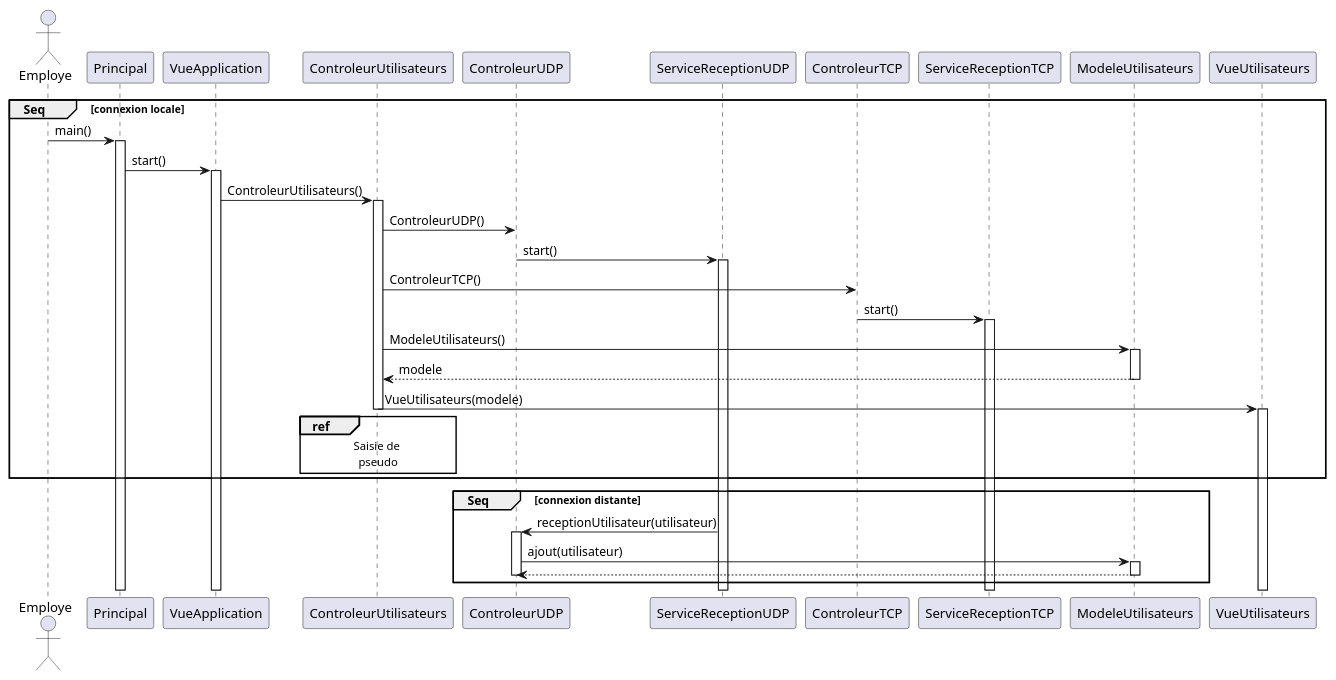
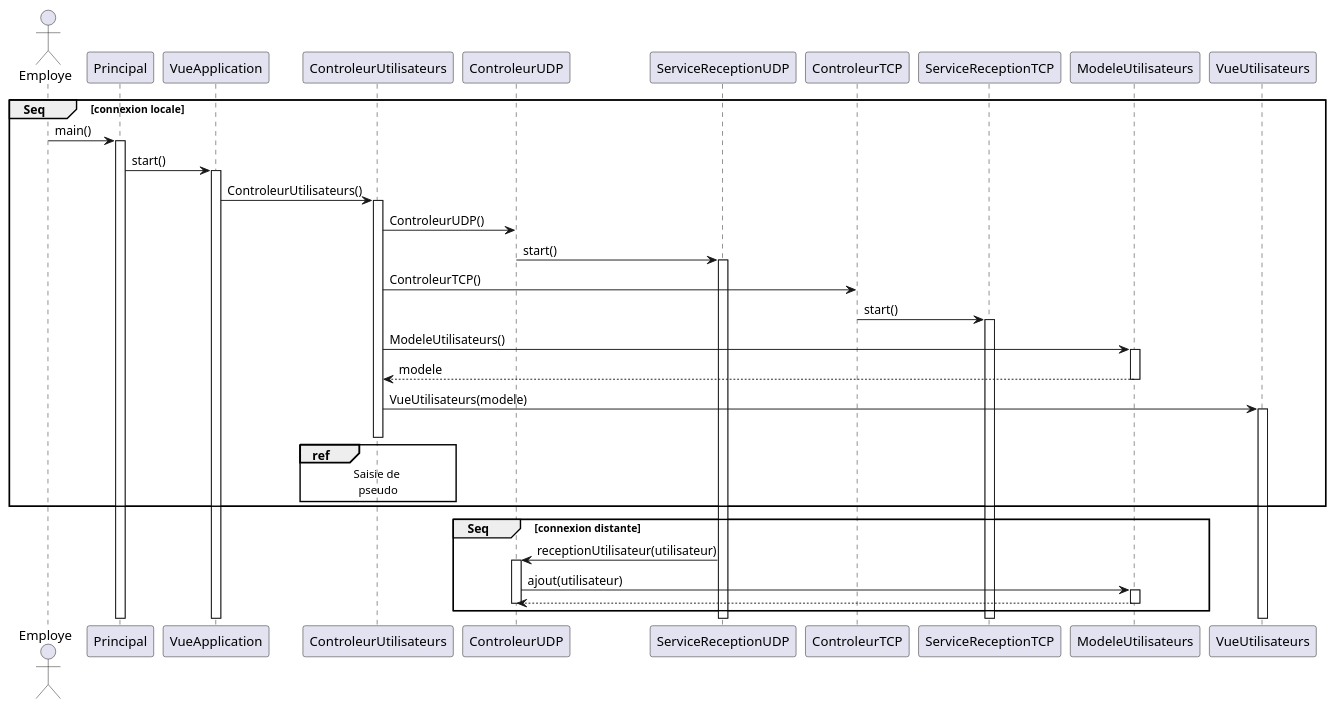
The diagram in sequence/connexion.wsd (arc-hugo/clavardage_uml), drawn with PlantUML before and after one commit. The commit also changed other lines of this file, not shown here.

```diff
--- a/sequence/connexion.wsd
+++ b/sequence/connexion.wsd
@@ -1,37 +1,37 @@
 @startuml Connexion
 actor Employe
 group Seq [connexion locale]
     Employe -> Principal : main()
     activate Principal
     Principal -> VueApplication : start()
     activate VueApplication 
     VueApplication -> ControleurUtilisateurs : ControleurUtilisateurs()
     activate ControleurUtilisateurs
     ControleurUtilisateurs -> ControleurUDP : ControleurUDP()
     ControleurUDP -> ServiceReceptionUDP : start()
     activate ServiceReceptionUDP
     ControleurUtilisateurs -> ControleurTCP : ControleurTCP()
     ControleurTCP -> ServiceReceptionTCP : start()
     activate ServiceReceptionTCP
     ControleurUtilisateurs -> ModeleUtilisateurs : ModeleUtilisateurs()
     activate ModeleUtilisateurs
     ModeleUtilisateurs --> ControleurUtilisateurs : modele
     deactivate ModeleUtilisateurs
     ControleurUtilisateurs -> VueUtilisateurs : VueUtilisateurs(modele)
-    deactivate ControleurUtilisateurs
     activate VueUtilisateurs
     ref over ControleurUtilisateurs
         Saisie de 
         pseudo
     end ref
+    deactivate ControleurUtilisateurs
 end
 group Seq [connexion distante]
     ServiceReceptionUDP -> ControleurUDP : receptionUtilisateur(utilisateur)
     activate ControleurUDP
     ControleurUDP -> ModeleUtilisateurs : ajout(utilisateur)
     activate ModeleUtilisateurs
     ModeleUtilisateurs --> ControleurUDP
     deactivate ModeleUtilisateurs
     deactivate ControleurUDP
 end
 @enduml
```
